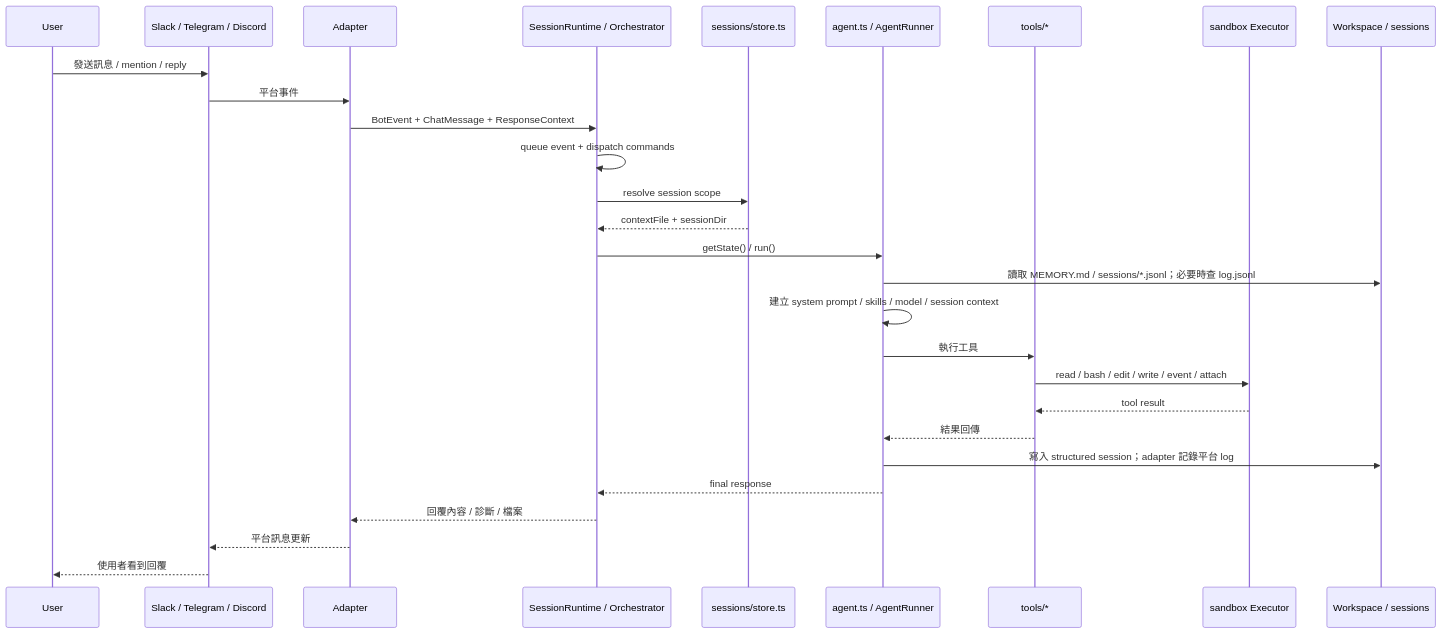
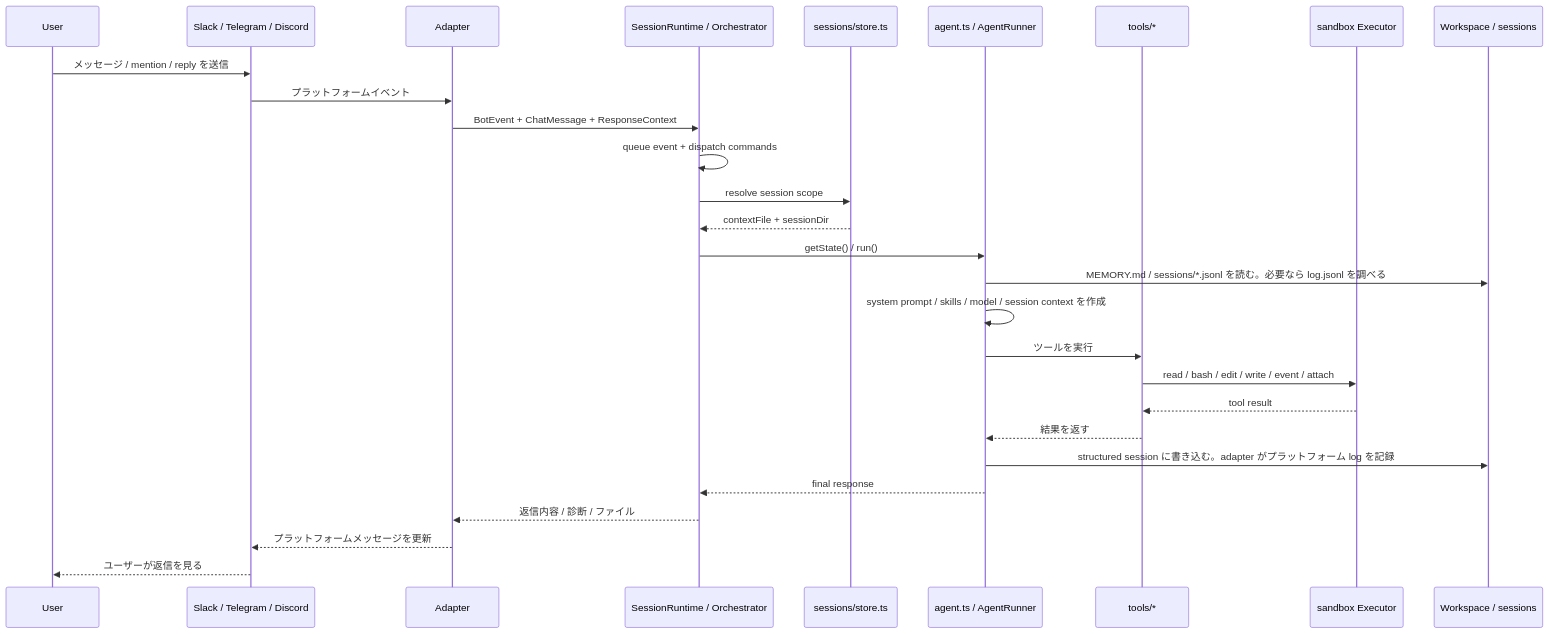
One commit to geminixiang/mikan changed the second of 3 diagrams in src/content/docs/ja/architecture.md. Above: the diagram before and after it, drawn with Mermaid. The commit also changed other lines of this file and 92 other files, not shown here.

````diff
--- a/src/content/docs/ja/architecture.md
+++ b/src/content/docs/ja/architecture.md
@@ -195,31 +189,31 @@
 ```mermaid
 sequenceDiagram
   participant U as User
   participant P as Slack / Telegram / Discord
   participant A as Adapter
   participant M as SessionRuntime / Orchestrator
   participant S as sessions/store.ts
   participant R as agent.ts / AgentRunner
   participant T as tools/*
   participant X as sandbox Executor
   participant W as Workspace / sessions
 
-  U->>P: 發送訊息 / mention / reply
-  P->>A: 平台事件
+  U->>P: メッセージ / mention / reply を送信
+  P->>A: プラットフォームイベント
   A->>M: BotEvent + ChatMessage + ResponseContext
   M->>M: queue event + dispatch commands
   M->>S: resolve session scope
   S-->>M: contextFile + sessionDir
   M->>R: getState() / run()
-  R->>W: 讀取 MEMORY.md / sessions/*.jsonl；必要時查 log.jsonl
-  R->>R: 建立 system prompt / skills / model / session context
-  R->>T: 執行工具
+  R->>W: MEMORY.md / sessions/*.jsonl を読む。必要なら log.jsonl を調べる
+  R->>R: system prompt / skills / model / session context を作成
+  R->>T: ツールを実行
   T->>X: read / bash / edit / write / event / attach
   X-->>T: tool result
-  T-->>R: 結果回傳
-  R->>W: 寫入 structured session；adapter 記錄平台 log
+  T-->>R: 結果を返す
+  R->>W: structured session に書き込む。adapter がプラットフォーム log を記録
   R-->>M: final response
-  M-->>A: 回覆內容 / 診斷 / 檔案
-  A-->>P: 平台訊息更新
-  P-->>U: 使用者看到回覆
+  M-->>A: 返信内容 / 診断 / ファイル
+  A-->>P: プラットフォームメッセージを更新
+  P-->>U: ユーザーが返信を見る
 ```
````
